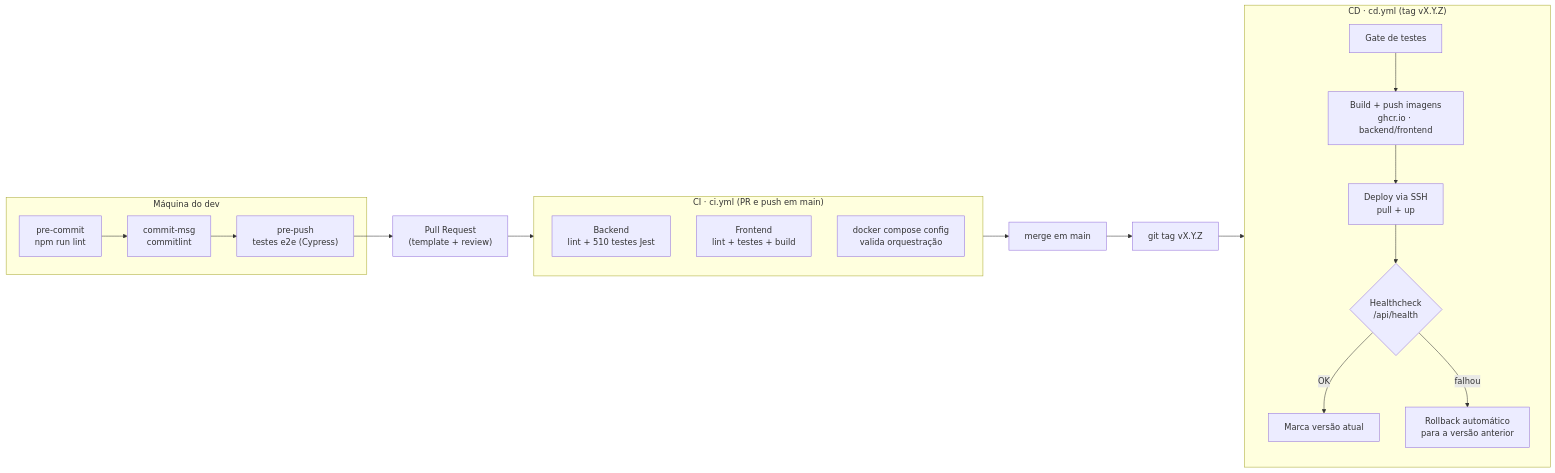
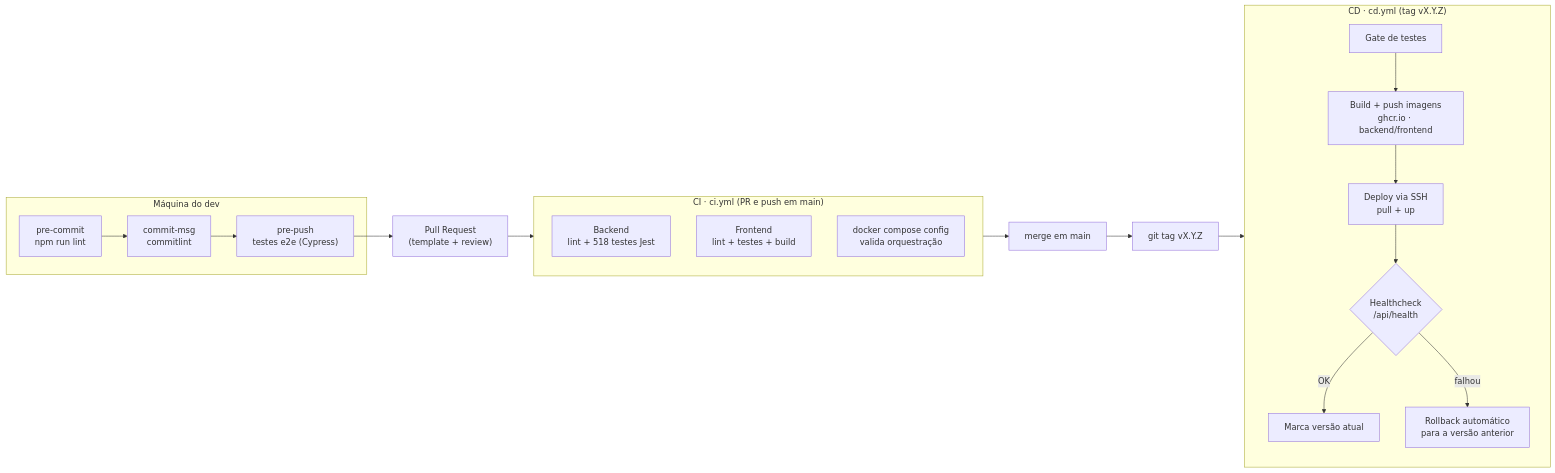
One commit to LuizZamzicki/agnus-composer changed the diagram in docs/arquitetura/entrega-continua.md. Above: the diagram before and after it, drawn with Mermaid. The commit also changed 8 other files, not shown here.

````diff
--- a/docs/arquitetura/entrega-continua.md
+++ b/docs/arquitetura/entrega-continua.md
@@ -5,17 +5,17 @@
 ```mermaid
 flowchart LR
     subgraph DEV["Máquina do dev"]
         H1["pre-commit<br/>npm run lint"] --> H2["commit-msg<br/>commitlint"] --> H3["pre-push<br/>testes e2e (Cypress)"]
     end
     subgraph CI["CI · ci.yml (PR e push em main)"]
-        B["Backend<br/>lint + 510 testes Jest"]
+        B["Backend<br/>lint + 518 testes Jest"]
         F["Frontend<br/>lint + testes + build"]
         C["docker compose config<br/>valida orquestração"]
     end
     subgraph CD["CD · cd.yml (tag vX.Y.Z)"]
         T["Gate de testes"] --> P["Build + push imagens<br/>ghcr.io · backend/frontend"] --> D["Deploy via SSH<br/>pull + up"] --> V{"Healthcheck<br/>/api/health"}
         V -- OK --> OK["Marca versão atual"]
         V -- falhou --> RB["Rollback automático<br/>para a versão anterior"]
     end
     H3 --> PR["Pull Request<br/>(template + review)"] --> CI --> M["merge em main"] --> TAG["git tag vX.Y.Z"] --> CD
 ```
````
